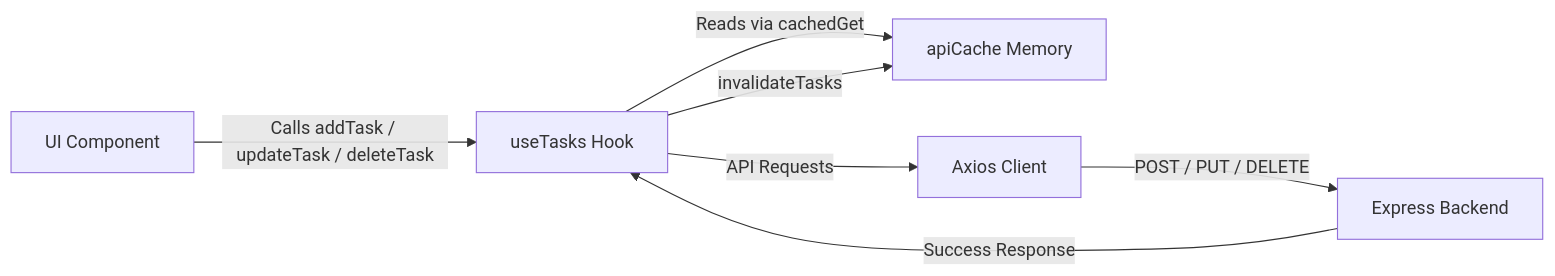
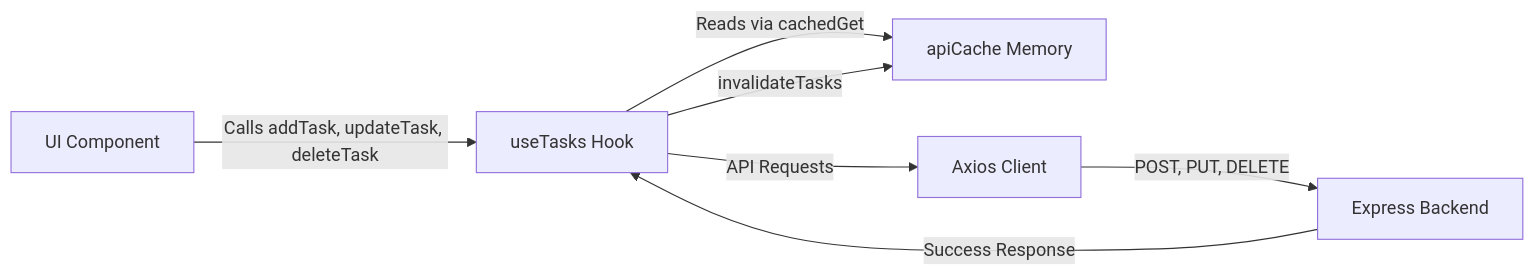
Before and after one commit to aryandas2911/DailyForge: the second of 6 diagrams in Architecture.md, drawn with Mermaid. The commit also changed other lines of this file, not shown here.

Commit message:
improve flowcharts

````diff
--- a/Architecture.md
+++ b/Architecture.md
@@ -149,9 +149,9 @@
 ```mermaid
 flowchart LR
-    Component["UI Component"] -->|Calls addTask / updateTask / deleteTask| Hook["useTasks Hook"]
-    Hook -->|Reads via cachedGet| Cache["apiCache Memory"]
-    Hook -->|API Requests| Axios["Axios Client"]
-    Axios -->|POST / PUT / DELETE| Backend["Express Backend"]
-    Backend -->|Success Response| Hook
-    Hook -->|invalidateTasks| Cache
+    Component["UI Component"] -->|"Calls addTask, updateTask, deleteTask"| Hook["useTasks Hook"]
+    Hook -->|"Reads via cachedGet"| Cache["apiCache Memory"]
+    Hook -->|"API Requests"| Axios["Axios Client"]
+    Axios -->|"POST, PUT, DELETE"| Backend["Express Backend"]
+    Backend -->|"Success Response"| Hook
+    Hook -->|"invalidateTasks"| Cache
 ```
````
